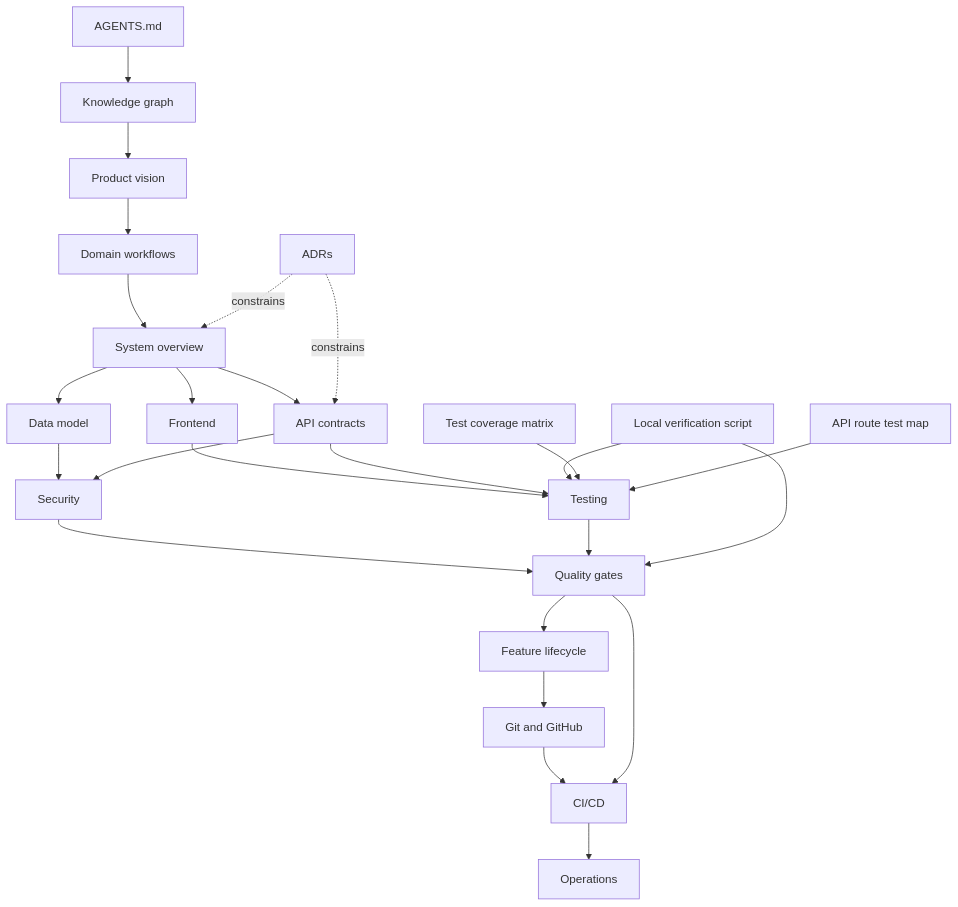
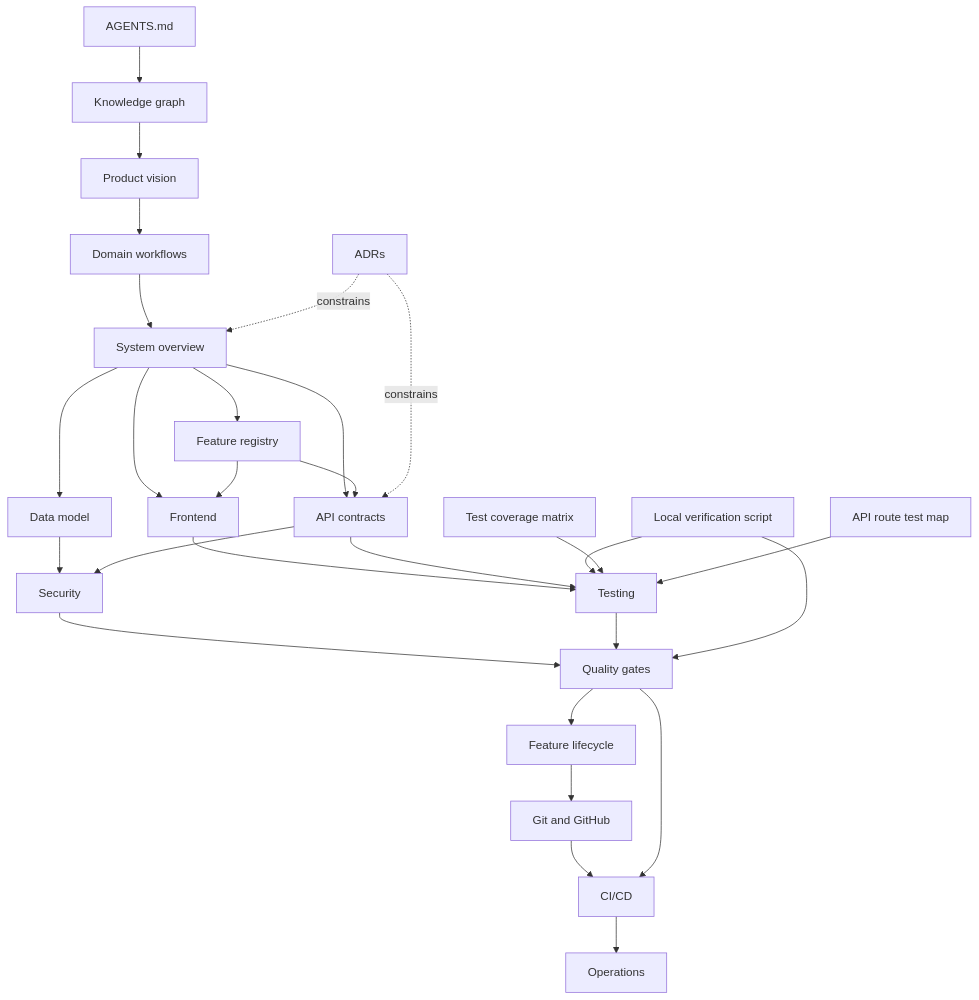
The diagram in docs/knowledge-graph.md (AminBrave/rad-art-marketplace), drawn with Mermaid before and after one commit. The commit also changed other lines of this file and 35 other files, not shown here.

First line of the commit message:
feat(features): centralize feature registry and disable inquiries

```diff
--- a/docs/knowledge-graph.md
+++ b/docs/knowledge-graph.md
@@ -5,27 +5,30 @@
 ~~~mermaid
 flowchart TD
  A[AGENTS.md] --> K[Knowledge graph]
  K --> P[Product vision]
  P --> D[Domain workflows]
  D --> S[System overview]
  S --> M[Data model]
  S --> F[Frontend]
  S --> API[API contracts]
+ S --> FR[Feature registry]
+ FR --> F
+ FR --> API
  M --> SEC[Security]
  API --> SEC
  F --> T[Testing]
  API --> T
  SEC --> Q[Quality gates]
  T --> Q
  Q --> L[Feature lifecycle]
  L --> G[Git and GitHub]
  G --> C[CI/CD]
  Q --> C
  C --> O[Operations]
  ADR[ADRs] -. constrains .-> S
  ADR -. constrains .-> API
  V[Local verification script] --> T
  V --> Q
  CM[Test coverage matrix] --> T
  RM[API route test map] --> T
 ~~~
```
